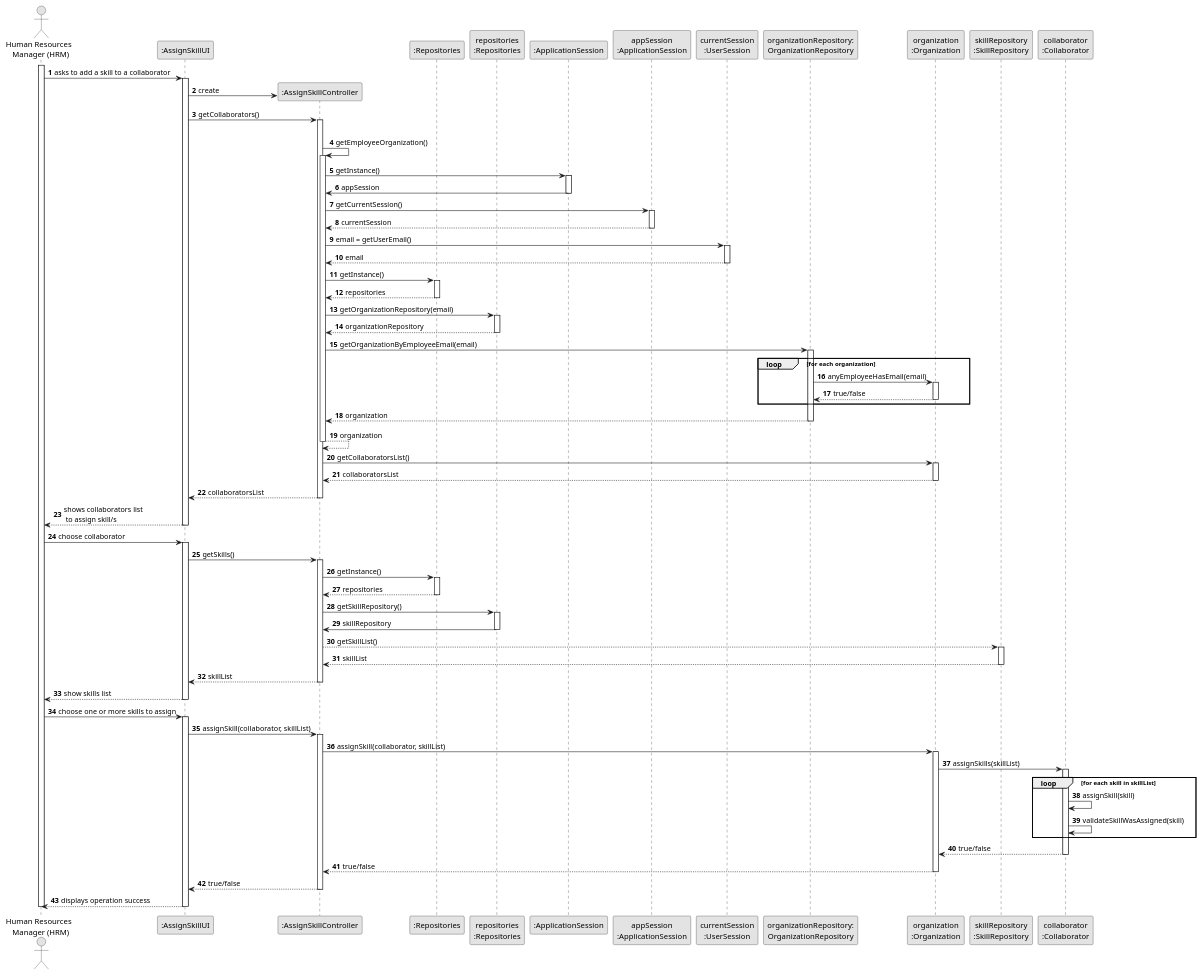
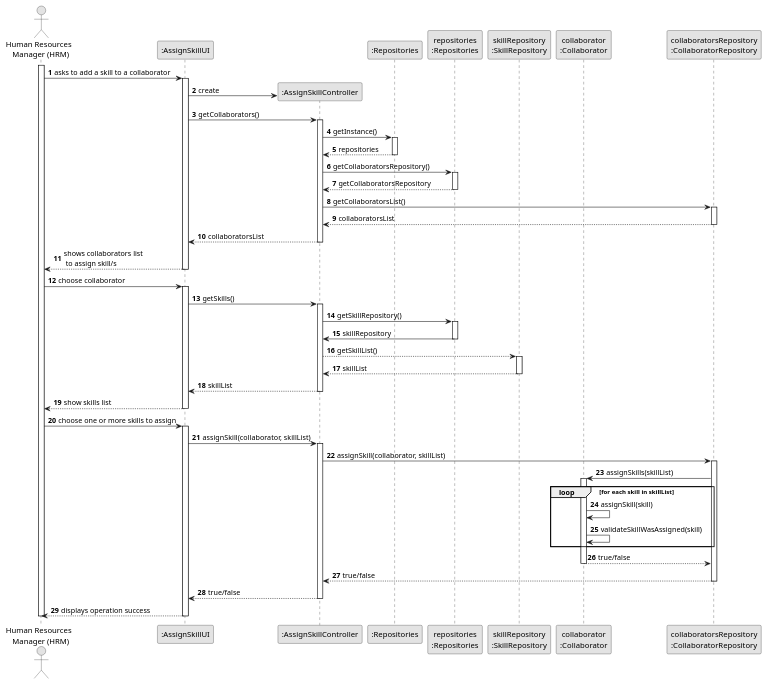
One commit to Departamento-de-Engenharia-Informatica/lei-24-s2-1dkl-g134 changed the diagram in docs/sprintB/us004/03.design/puml/us004-sequence-diagram-full.puml. Above: the diagram before and after it, drawn with PlantUML. The commit also changed 1 other file, not shown here.

```diff
--- a/docs/sprintB/us004/03.design/puml/us004-sequence-diagram-full.puml
+++ b/docs/sprintB/us004/03.design/puml/us004-sequence-diagram-full.puml
@@ -1,160 +1,111 @@
 @startuml
 skinparam monochrome true
 skinparam packageStyle rectangle
 skinparam shadowing false
 
 autonumber
 
 'hide footbox
 actor "Human Resources \n Manager (HRM)" as HRM
 participant ":AssignSkillUI" as UI
 participant ":AssignSkillController" as CTRL
 participant ":Repositories" as RepositorySingleton
 participant "repositories\n:Repositories" as PLAT
-participant ":ApplicationSession" as _APP
-participant "appSession\n:ApplicationSession" as APP
-participant "currentSession\n:UserSession" as SESSAO
-participant "organizationRepository:\nOrganizationRepository" as OrganizationRepository
-participant "organization\n:Organization" as ORG
 participant "skillRepository\n:SkillRepository" as SkillRepository
 participant "collaborator\n:Collaborator" as COLLAB
+participant "collaboratorsRepository\n:CollaboratorRepository" as CR
 
 activate HRM
 
         HRM -> UI : asks to add a skill to a collaborator
 
         activate UI
 
 
             UI -> CTRL** : create
 
             UI -> CTRL : getCollaborators()
             activate CTRL
 
-                |||
-                CTRL -> CTRL : getEmployeeOrganization()
-                activate CTRL
-
-                    CTRL -> _APP: getInstance()
-                    activate _APP
-                        _APP -> CTRL: appSession
-                    deactivate _APP
-
-
-                    CTRL -> APP: getCurrentSession()
-                    activate APP
-
-                        APP --> CTRL: currentSession
-                    deactivate APP
-
-                    CTRL -> SESSAO: email = getUserEmail()
-                    activate SESSAO
-
-                        SESSAO --> CTRL: email
-                    deactivate SESSAO
 
                     CTRL -> RepositorySingleton: getInstance()
                     activate RepositorySingleton
 
                     RepositorySingleton --> CTRL: repositories
                     deactivate RepositorySingleton
 
-                    CTRL -> PLAT: getOrganizationRepository(email)
+                    CTRL -> PLAT: getCollaboratorsRepository()
                     activate PLAT
 
-                        PLAT --> CTRL: organizationRepository
+                        PLAT --> CTRL: getCollaboratorsRepository
                     deactivate PLAT
 
+                CTRL -> CR: getCollaboratorsList()
+                activate CR
 
-                    CTRL -> OrganizationRepository: getOrganizationByEmployeeEmail(email)
-                    activate OrganizationRepository
-
-                        loop for each organization
-
-                            OrganizationRepository -> ORG : anyEmployeeHasEmail(email)
-                            activate ORG
-
-                                 ORG --> OrganizationRepository : true/false
-                            deactivate ORG
-                        end
-                        OrganizationRepository --> CTRL : organization
-                    deactivate OrganizationRepository
-
-                    CTRL --> CTRL : organization
-                deactivate CTRL
-
-                CTRL -> ORG: getCollaboratorsList()
-                activate ORG
-
-                ORG --> CTRL: collaboratorsList
-                deactivate ORG
+                CR --> CTRL: collaboratorsList
+                deactivate CR
 
                 CTRL --> UI : collaboratorsList
             deactivate CTRL
 
             UI --> HRM : shows collaborators list\n to assign skill/s
         deactivate UI
 
     HRM -> UI : choose collaborator
     activate UI
 
    UI -> CTRL : getSkills()
            activate CTRL
-
- CTRL -> RepositorySingleton : getInstance()
-         activate RepositorySingleton
-
-         RepositorySingleton --> CTRL: repositories
-         deactivate RepositorySingleton
 
          CTRL -> PLAT : getSkillRepository()
          activate PLAT
 
          PLAT -> CTRL : skillRepository
          deactivate PLAT
 
          CTRL --> SkillRepository : getSkillList()
          activate SkillRepository
 
          SkillRepository --> CTRL: skillList
          deactivate SkillRepository
 
          CTRL --> UI : skillList
          deactivate CTRL
 
          UI --> HRM : show skills list
          deactivate UI
 
          HRM -> UI : choose one or more skills to assign
          activate UI
 
          UI -> CTRL : assignSkill(collaborator, skillList)
          activate CTRL
 
-         CTRL -> ORG : assignSkill(collaborator, skillList)
-         activate ORG
+         CTRL -> CR : assignSkill(collaborator, skillList)
+         activate CR
 
-         ORG -> COLLAB : assignSkills(skillList)
+         CR -> COLLAB : assignSkills(skillList)
          activate COLLAB
 
          loop for each skill in skillList
          COLLAB -> COLLAB :assignSkill(skill)
 
          COLLAB -> COLLAB :validateSkillWasAssigned(skill)
          end
 
-         COLLAB --> ORG : true/false
+         COLLAB --> CR : true/false
          deactivate COLLAB
 
-         ORG --> CTRL : true/false
-         deactivate ORG
+         CR --> CTRL : true/false
+         deactivate CR
 
          CTRL --> UI : true/false
          deactivate CTRL
 
          UI --> HRM : displays operation success
          deactivate UI
 
          deactivate HRM
 
  @enduml
```
